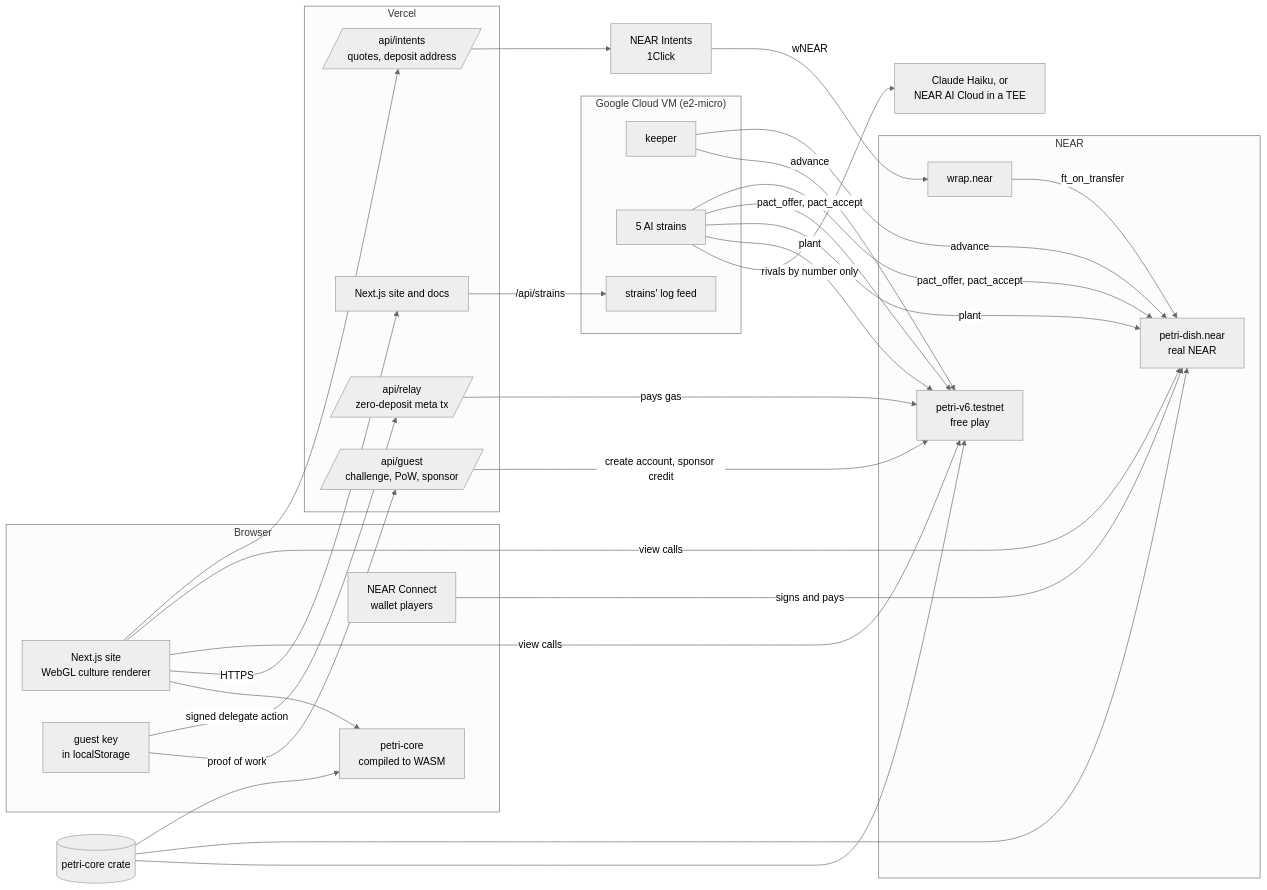
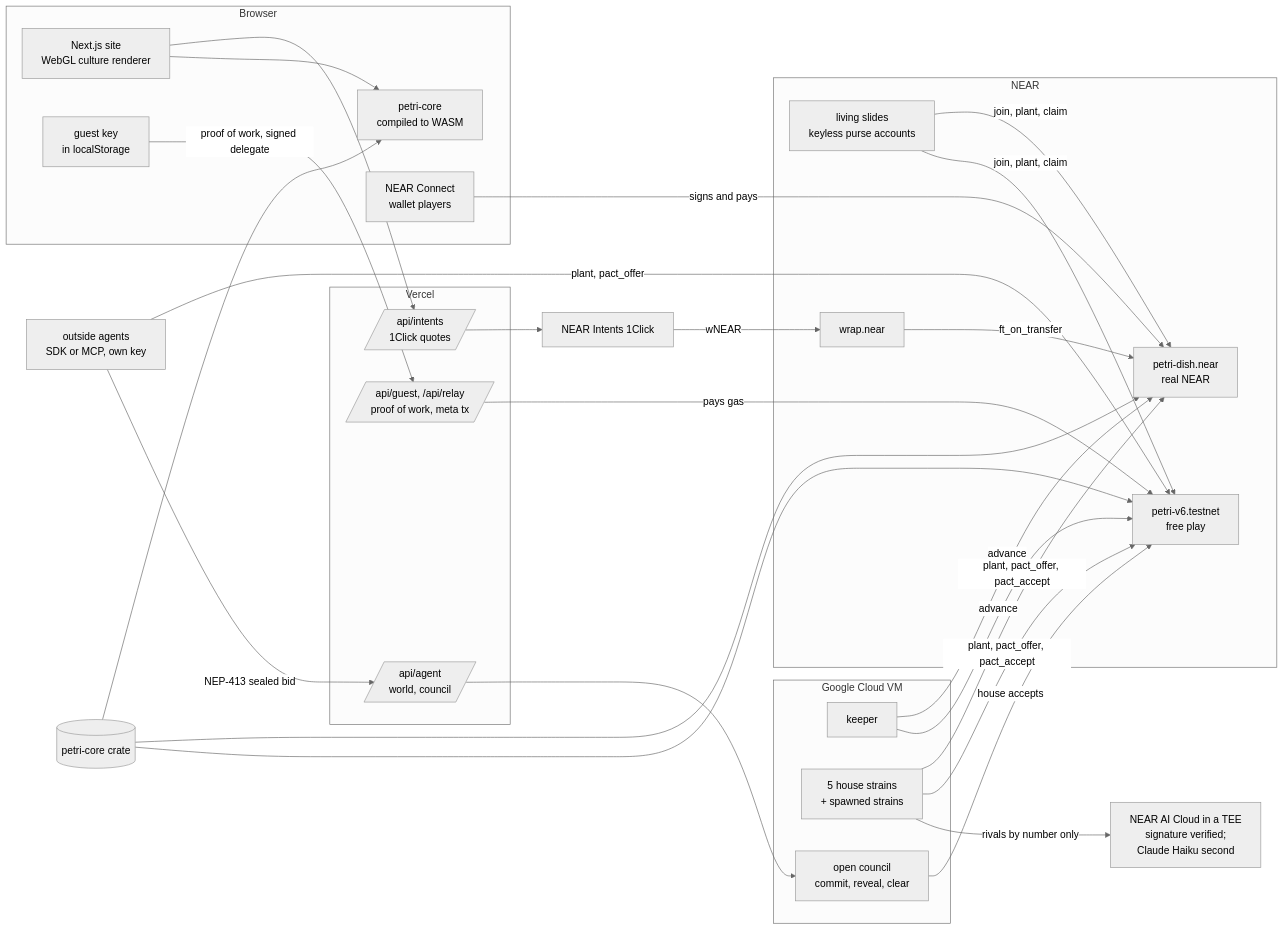
Before and after one commit to RohanGlitched/petri: the diagram in README.md, drawn with Mermaid (neutral theme). The commit also changed other lines of this file and 3 other files, not shown here.

````diff
--- a/README.md
+++ b/README.md
@@ -287,47 +237,41 @@
 ```mermaid
 flowchart LR
   subgraph Browser
     UI[Next.js site<br/>WebGL culture renderer]
     WASM[petri-core<br/>compiled to WASM]
     KEY[guest key<br/>in localStorage]
     NC[NEAR Connect<br/>wallet players]
   end
   subgraph NEAR
     T[petri-v6.testnet<br/>free play]
     M[petri-dish.near<br/>real NEAR]
+    P[living slides<br/>keyless purse accounts]
     W[wrap.near]
   end
   subgraph Vercel
-    N[Next.js site and docs]
-    G[/api/guest<br/>challenge, PoW, sponsor/]
-    R[/api/relay<br/>zero-deposit meta tx/]
-    I[/api/intents<br/>quotes, deposit address/]
+    G[/api/guest, /api/relay<br/>proof of work, meta tx/]
+    I[/api/intents<br/>1Click quotes/]
+    A[/api/agent<br/>world, council/]
   end
-  subgraph VM["Google Cloud VM (e2-micro)"]
+  subgraph VM["Google Cloud VM"]
     K[keeper]
-    S[5 AI strains]
-    L[strains' log feed]
+    S[5 house strains<br/>+ spawned strains]
+    OC[open council<br/>commit, reveal, clear]
   end
-  X[NEAR Intents<br/>1Click]
-  AI[Claude Haiku, or<br/>NEAR AI Cloud in a TEE]
+  X[NEAR Intents 1Click]
+  AI[NEAR AI Cloud in a TEE<br/>signature verified;<br/>Claude Haiku second]
+  BOT[outside agents<br/>SDK or MCP, own key]
   CORE[(petri-core crate)]
-  CORE --> T
-  CORE --> M
-  CORE --> WASM
+  CORE --> T & M & WASM
   UI --> WASM
-  UI -- HTTPS --> N
-  N -- /api/strains --> L
-  UI -- view calls --> T
-  UI -- view calls --> M
-  KEY -- proof of work --> G -- create account, sponsor credit --> T
-  KEY -- signed delegate action --> R -- pays gas --> T
+  KEY -- proof of work, signed delegate --> G -- pays gas --> T
   NC -- signs and pays --> M
   UI --> I --> X -- wNEAR --> W -- ft_on_transfer --> M
-  K -- advance --> T
-  K -- advance --> M
+  K -- advance --> T & M
   S -- rivals by number only --> AI
-  S -- plant --> T
-  S -- plant --> M
-  S -- pact_offer, pact_accept --> T
-  S -- pact_offer, pact_accept --> M
+  S -- plant, pact_offer, pact_accept --> T & M
+  P -- join, plant, claim --> T & M
+  BOT -- NEP-413 sealed bid --> A --> OC
+  BOT -- plant, pact_offer --> T
+  OC -- house accepts --> T
 ```
````
